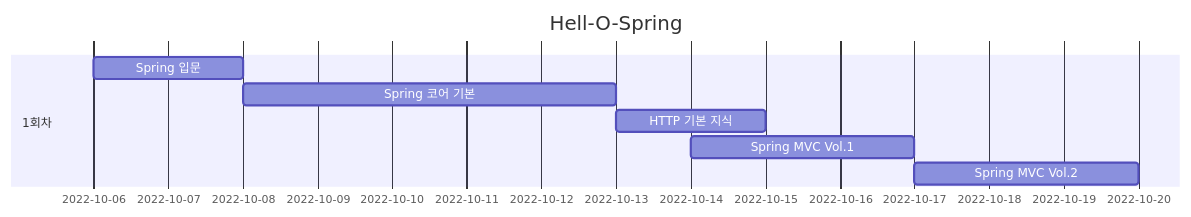
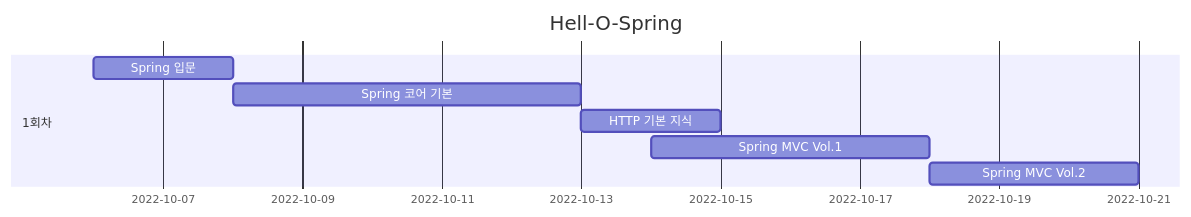
One commit to darkblose/spring-study changed the diagram in ReadMe.md. Above: the diagram before and after it, drawn with Mermaid.

Commit message:
docs : ReadMe
Day11 : Spring MVC Vol.1

````diff
--- a/ReadMe.md
+++ b/ReadMe.md
@@ -3,13 +3,13 @@
 ```mermaid
 gantt
 dateFormat YYYY-MM-DD
 title Hell-O-Spring
 
     section 1회차
     Spring 입문       :chap1, 2022-10-06, 2d
     Spring 코어 기본   :chap2, 2022-10-08, 5d
     HTTP 기본 지식     :chap3, 2022-10-13, 2d
-    Spring MVC Vol.1  :chap4, 2022-10-14, 3d
-    Spring MVC Vol.2  :chap5, 2022-10-17, 3d
+    Spring MVC Vol.1  :chap4, 2022-10-14, 4d
+    Spring MVC Vol.2  :chap5, 2022-10-18, 3d
     
 ```
````
